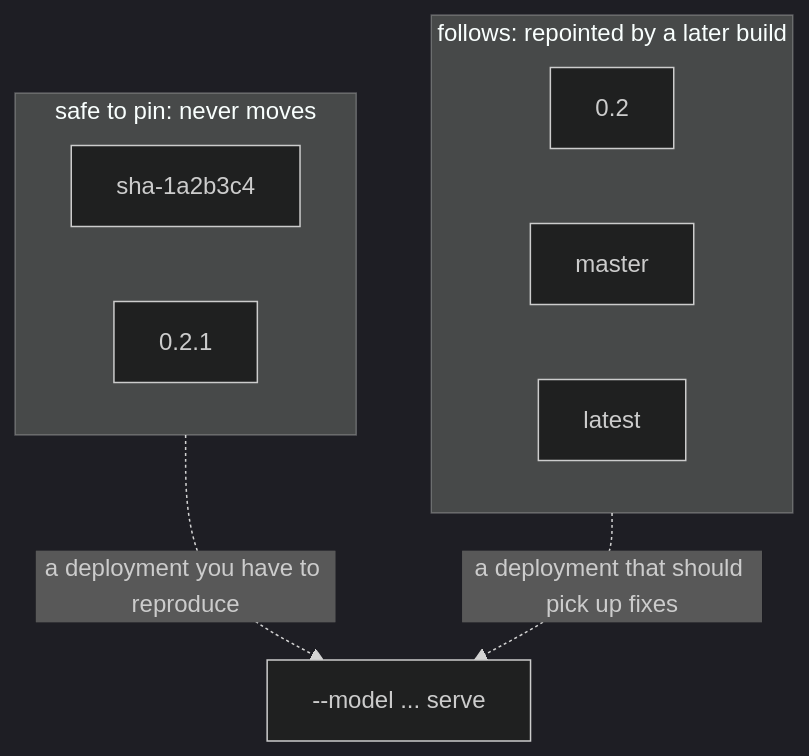
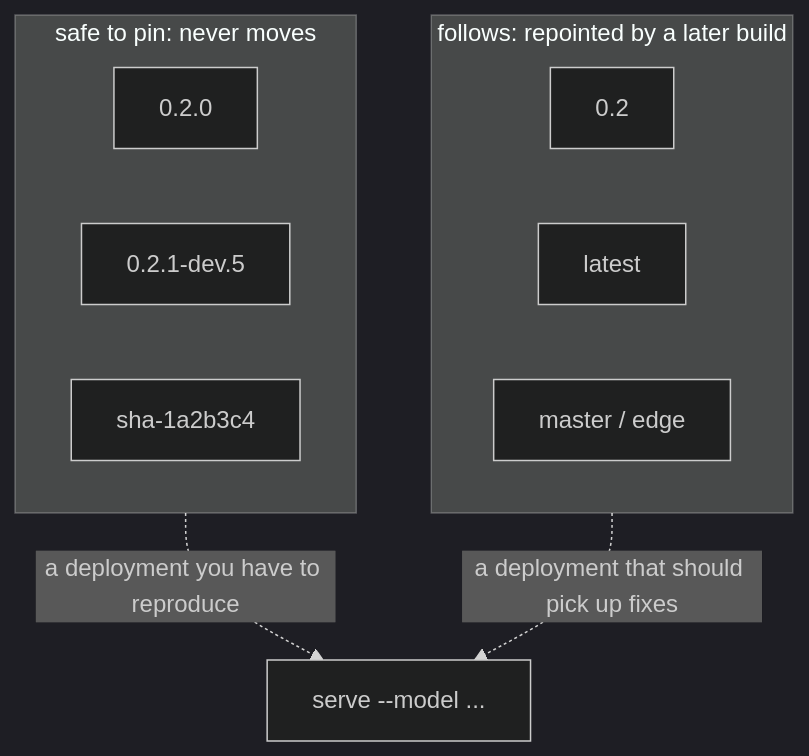
One commit to Ar4ikov/vibevoice.c changed the first of 2 diagrams in docs/RELEASING.md. Above: the diagram before and after it, drawn with Mermaid (dark theme). The commit also changed other lines of this file and 16 other files, not shown here.

````diff
--- a/docs/RELEASING.md
+++ b/docs/RELEASING.md
@@ -27,14 +58,15 @@
 ```mermaid
 flowchart TD
   subgraph pinned["safe to pin: never moves"]
+    V["0.2.0"]
+    D["0.2.1-dev.5"]
     S["sha-1a2b3c4"]
-    V["0.2.1"]
   end
   subgraph moving["follows: repointed by a later build"]
     M["0.2"]
-    B["master"]
     L["latest"]
+    B["master / edge"]
   end
-  pinned -.->|"a deployment you have to reproduce"| USE["--model ... serve"]
+  pinned -.->|"a deployment you have to reproduce"| USE["serve --model ..."]
   moving -.->|"a deployment that should pick up fixes"| USE
 ```
````
